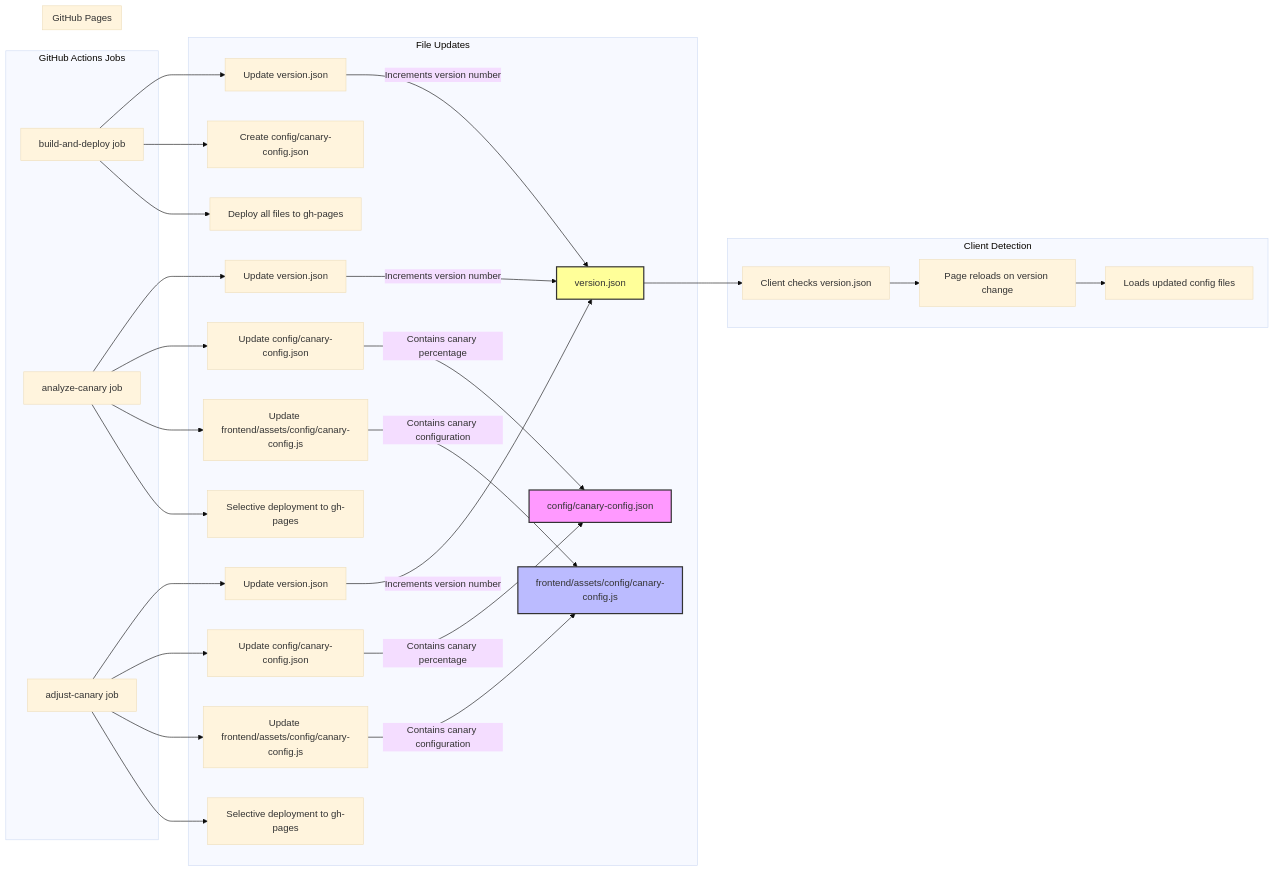
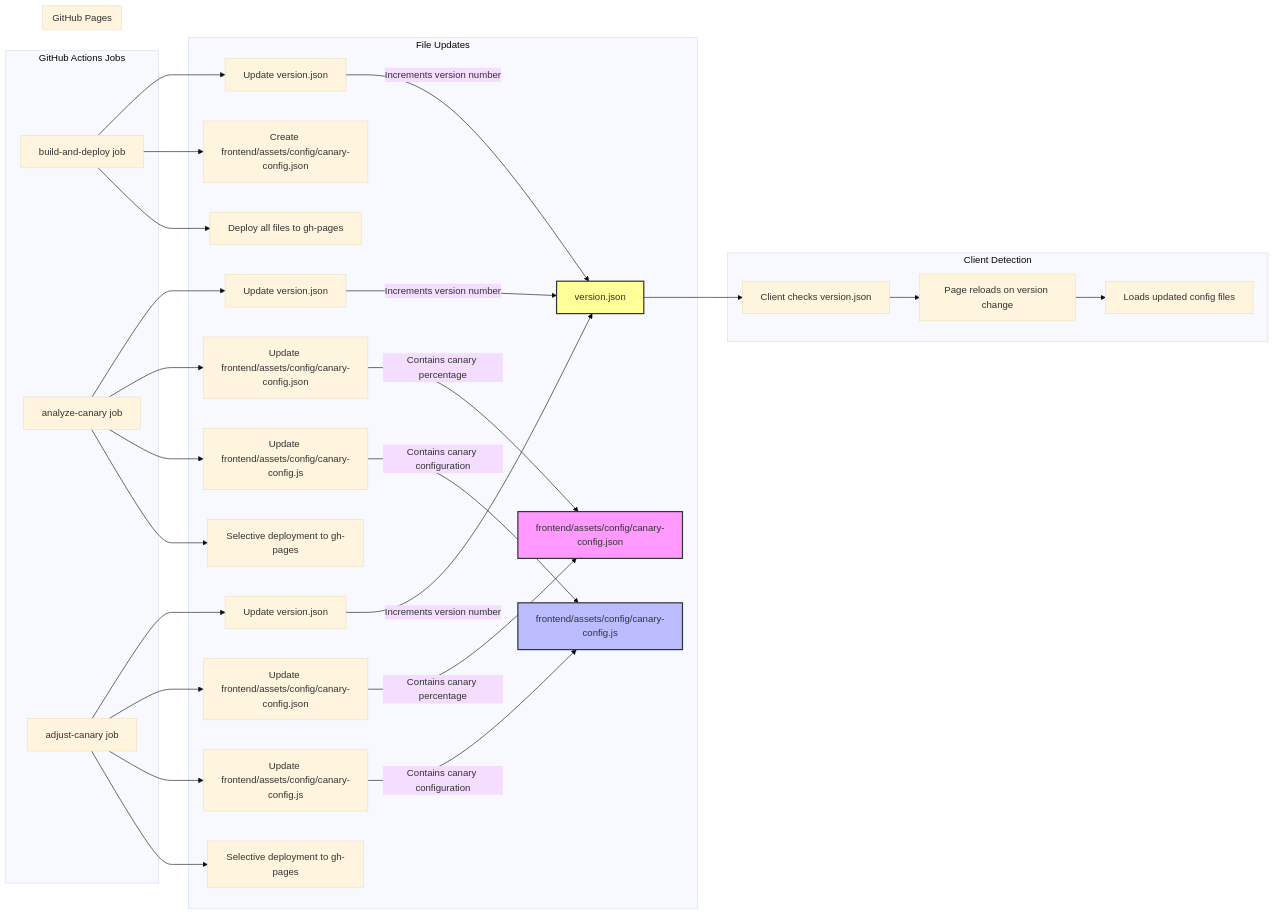
The first of 2 diagrams in docs/WORKFLOWS.md (lloydchang/client-side-canary-deployment), drawn with Mermaid (base theme) before and after one commit. The commit also changed other lines of this file and 3 other files, not shown here.

````diff
--- a/docs/WORKFLOWS.md
+++ b/docs/WORKFLOWS.md
@@ -130,48 +130,48 @@
 ```mermaid
 flowchart LR
     subgraph "GitHub Actions Jobs"
         A["build-and-deploy job"]
         B["analyze-canary job"]
         C["adjust-canary job"]
     end
     
     subgraph "File Updates"
         A --> A1[Update version.json]
-        A --> A2[Create config/canary-config.json]
+        A --> A2[Create frontend/assets/config/canary-config.json]
         A --> A3[Deploy all files to gh-pages]
         
         B --> B1[Update version.json]
-        B --> B2[Update config/canary-config.json]
+        B --> B2[Update frontend/assets/config/canary-config.json]
         B --> B3[Update frontend/assets/config/canary-config.js]
         B --> B4[Selective deployment to gh-pages]
         
         C --> C1[Update version.json]
-        C --> C2[Update config/canary-config.json]
+        C --> C2[Update frontend/assets/config/canary-config.json]
         C --> C3[Update frontend/assets/config/canary-config.js]
         C --> C4[Selective deployment to gh-pages]
         
         B2 --"Contains canary percentage"--> Config
         C2 --"Contains canary percentage"--> Config
         B3 --"Contains canary configuration"--> JSConfig
         C3 --"Contains canary configuration"--> JSConfig
         A1 --"Increments version number"--> Version
         B1 --"Increments version number"--> Version
         C1 --"Increments version number"--> Version
     end
     
     subgraph "GitHub Pages"
-        Config[config/canary-config.json]
+        Config[frontend/assets/config/canary-config.json]
         JSConfig[frontend/assets/config/canary-config.js]
         Version[version.json]
     end
     
     subgraph "Client Detection"
         Version --> CheckVersion["Client checks version.json"]
         CheckVersion --> Reload["Page reloads on version change"]
         Reload --> LoadConfig["Loads updated config files"]
     end
     
     style Config fill:#f9f,stroke:#333,stroke-width:2px
     style JSConfig fill:#bbf,stroke:#333,stroke-width:2px
     style Version fill:#ff9,stroke:#333,stroke-width:2px
 ```
````
